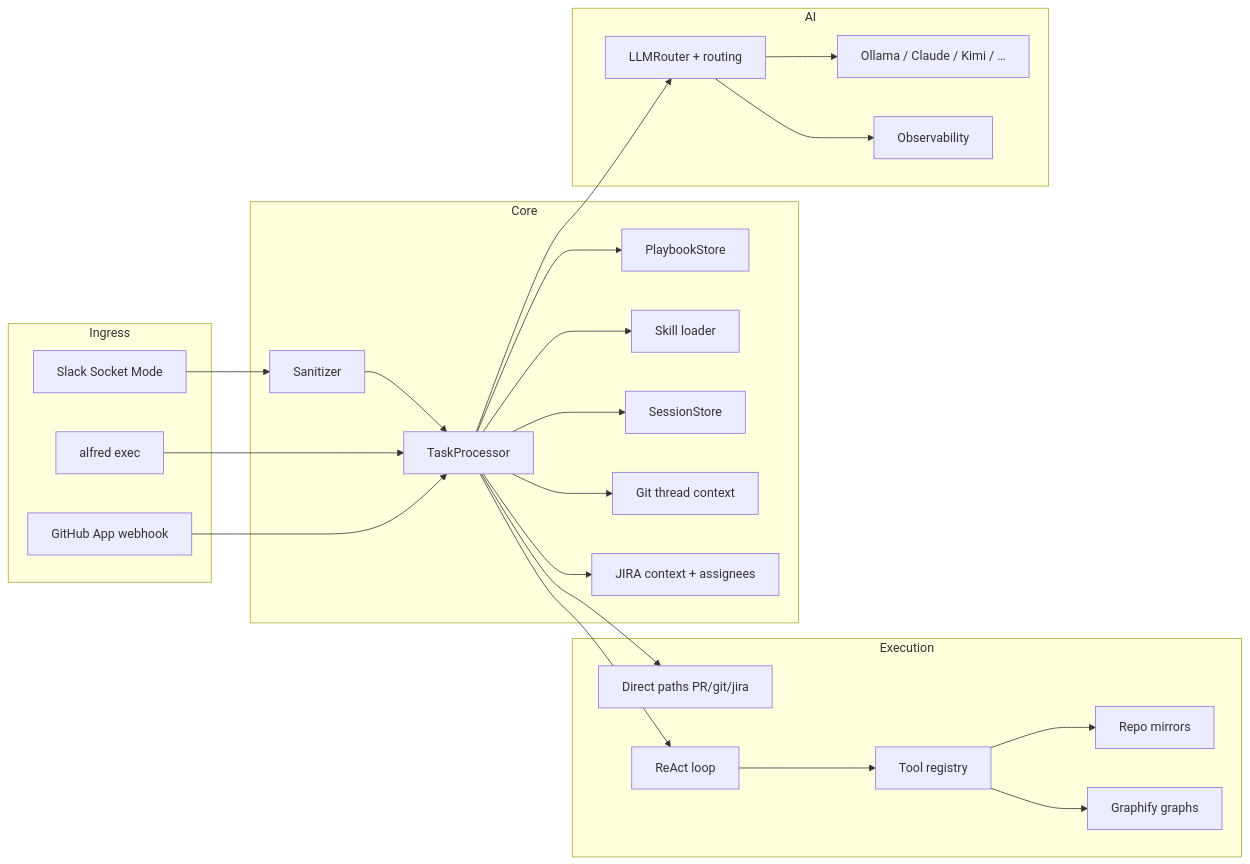
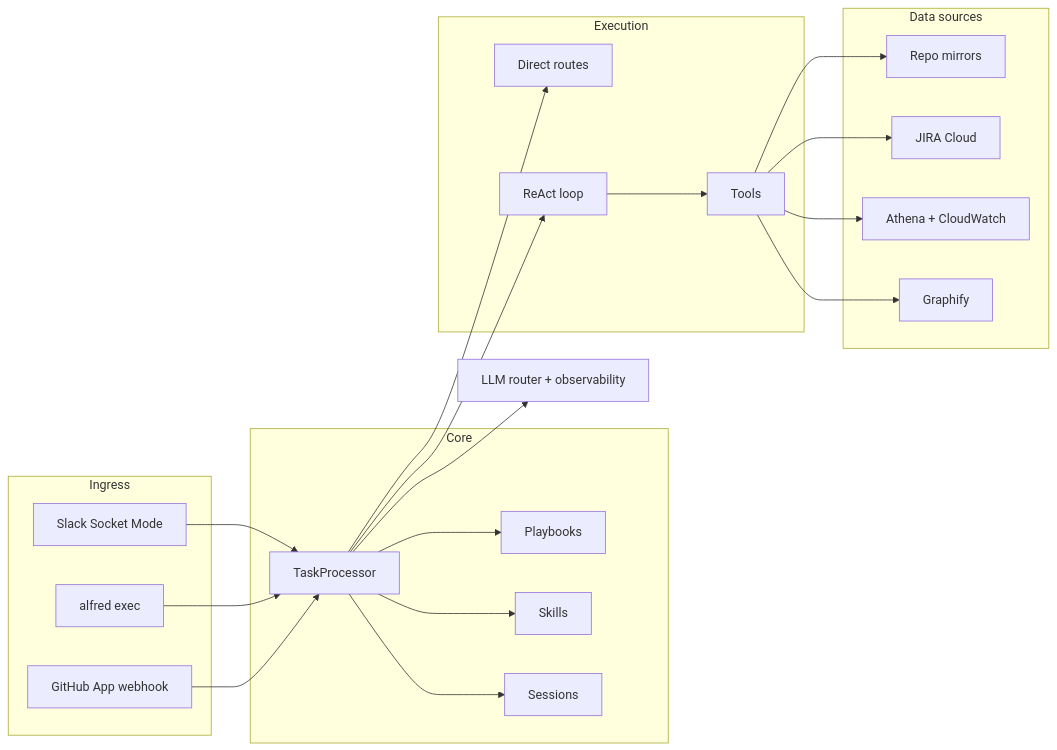
Before and after one commit to Amit3200/alfred: the diagram in README.md, drawn with Mermaid. The commit also changed other lines of this file and 44 other files, not shown here.

First line of the commit message:
Add AWS read tools, Slack status polish, and refresh documentation.

````diff
--- a/README.md
+++ b/README.md
@@ -444,41 +436,37 @@
 ```mermaid
 flowchart LR
     subgraph ingress [Ingress]
         Slack[Slack Socket Mode]
         CLI[alfred exec]
-        GitHub[GitHub App webhook]
+        GH[GitHub App webhook]
     end
 
     subgraph core [Core]
-        Sanitize[Sanitizer]
-        Processor[TaskProcessor]
-        Playbooks[PlaybookStore]
-        Skills[Skill loader]
-        Sessions[SessionStore]
-        GitCtx[Git thread context]
-        JiraCtx[JIRA context + assignees]
+        Proc[TaskProcessor]
+        PB[Playbooks]
+        SK[Skills]
+        SESS[Sessions]
     end
 
     subgraph exec [Execution]
-        Direct[Direct paths PR/git/jira]
+        Direct[Direct routes]
         Agent[ReAct loop]
-        Tools[Tool registry]
-        Mirrors[Repo mirrors]
-        Graphify[Graphify graphs]
+        Tools[Tools]
     end
 
-    subgraph ai [AI]
-        Router[LLMRouter + routing]
-        Providers[Ollama / Claude / Kimi / …]
-        Obs[Observability]
+    subgraph data [Data sources]
+        Git[Repo mirrors]
+        JIRA[JIRA Cloud]
+        AWS[Athena + CloudWatch]
+        GF[Graphify]
     end
 
-    Slack --> Sanitize --> Processor
-    CLI --> Processor
-    GitHub --> Processor
-    Processor --> Playbooks & Skills & Sessions & GitCtx & JiraCtx
-    Processor --> Direct & Agent
-    Agent --> Tools --> Mirrors & Graphify
-    Processor --> Router --> Providers
-    Router --> Obs
+    Slack --> Proc
+    CLI --> Proc
+    GH --> Proc
+    Proc --> PB & SK & SESS
+    Proc --> Direct & Agent
+    Agent --> Tools
+    Tools --> Git & JIRA & AWS & GF
+    Proc --> AI[LLM router + observability]
 ```
````
